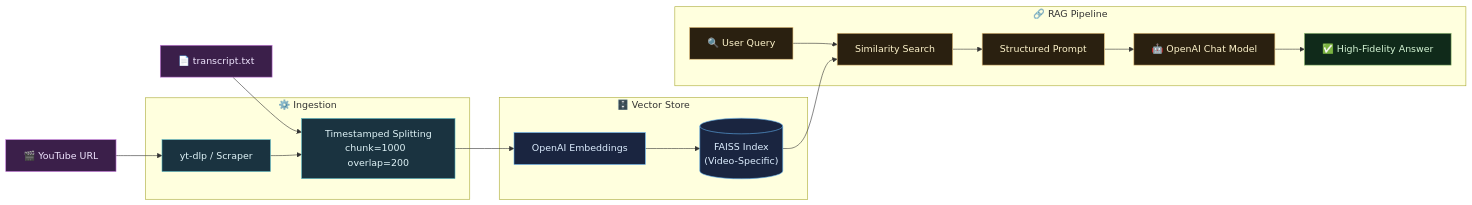
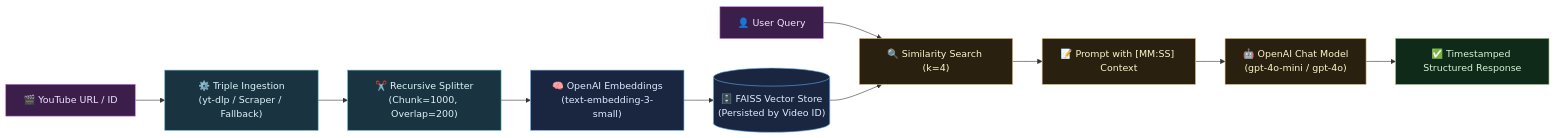
Before and after one commit to SwayamAg/VidSense-Semantic-Video-Intelligence: the diagram in README.md, drawn with Mermaid. The commit also changed other lines of this file and 9 other files, not shown here.

````diff
--- a/README.md
+++ b/README.md
@@ -125,30 +69,25 @@
 ```mermaid
 graph LR
-    A["🎬 YouTube URL"] --> C
-    B["📄 transcript.txt"] --> D
+    A["🎬 YouTube URL / ID"] --> B["⚙️ Triple Ingestion\n(yt-dlp / Scraper / Fallback)"]
+    B --> C["✂️ Recursive Splitter\n(Chunk=1000, Overlap=200)"]
+    C --> D["🧠 OpenAI Embeddings\n(text-embedding-3-small)"]
+    D --> E[("🗄️ FAISS Vector Store\n(Persisted by Video ID)")]
 
-    subgraph INGEST["⚙️ Ingestion"]
-        C["yt-dlp / Scraper"] --> D["Timestamped Splitting\nchunk=1000  overlap=200"]
-    end
+    F["👤 User Query"] --> G["🔍 Similarity Search (k=4)"]
+    E --> G
+    G --> H["📝 Prompt with [MM:SS] Context"]
+    H --> I["🤖 OpenAI Chat Model\n(gpt-4o-mini / gpt-4o)"]
+    I --> J["✅ Timestamped Structured Response"]
 
-    subgraph VECTOR["🗄️ Vector Store"]
-        D --> E["OpenAI Embeddings"] --> F[("FAISS Index\n(Video-Specific)")]
-    end
+    classDef source fill:#3b1f4a,stroke:#c678dd,color:#f0e6ff
+    classDef process fill:#1a3340,stroke:#56b6c2,color:#e0f4f8
+    classDef storage fill:#1a2540,stroke:#61afef,color:#ddeeff
+    classDef rag fill:#2a2010,stroke:#e5c07b,color:#fff5cc
+    classDef output fill:#102a1a,stroke:#98c379,color:#d4f5d4
 
-    subgraph RAG["🔗 RAG Pipeline"]
-        G["🔍 User Query"] --> H["Similarity Search"]
-        F --> H --> I["Structured Prompt"] --> J["🤖 OpenAI Chat Model"] --> K["✅ High-Fidelity Answer"]
-    end
-
-    classDef input   fill:#3b1f4a,stroke:#c678dd,color:#f0e6ff
-    classDef ingest  fill:#1a3340,stroke:#56b6c2,color:#e0f4f8
-    classDef vector  fill:#1a2540,stroke:#61afef,color:#ddeeff
-    classDef rag     fill:#2a2010,stroke:#e5c07b,color:#fff5cc
-    classDef output  fill:#102a1a,stroke:#98c379,color:#d4f5d4
-
-    class A,B input
-    class C,D ingest
-    class E,F vector
-    class G,H,I,J rag
-    class K output
+    class A,F source
+    class B,C process
+    class D,E storage
+    class G,H,I rag
+    class J output
 ```
````
